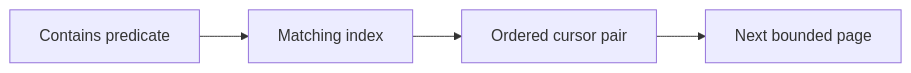
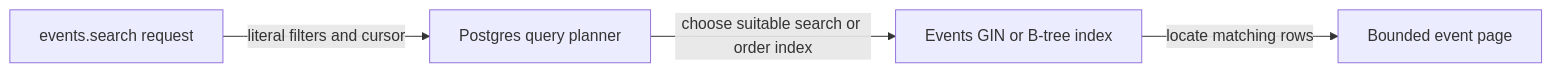
The diagram in docs/handbook/concepts/indexing.md (maheshnd/minitickets), drawn with Mermaid before and after one commit. The commit also changed other lines of this file and 119 other files, not shown here.

````diff
--- a/docs/handbook/concepts/indexing.md
+++ b/docs/handbook/concepts/indexing.md
@@ -17,7 +18,6 @@
 ```mermaid
 flowchart LR
-    n0["Contains predicate"] --> n1
-    n1["Matching index"] --> n2
-    n2["Ordered cursor pair"] --> n3
-    n3["Next bounded page"]
+search["events.search request"] -->|"literal filters and cursor"| query["Postgres query planner"]
+    query -->|"choose suitable search or order index"| index["Events GIN or B-tree index"]
+    index -->|"locate matching rows"| page["Bounded event page"]
 ```
````
